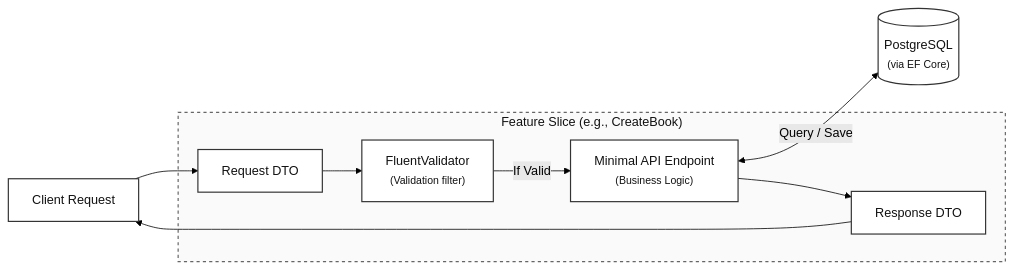
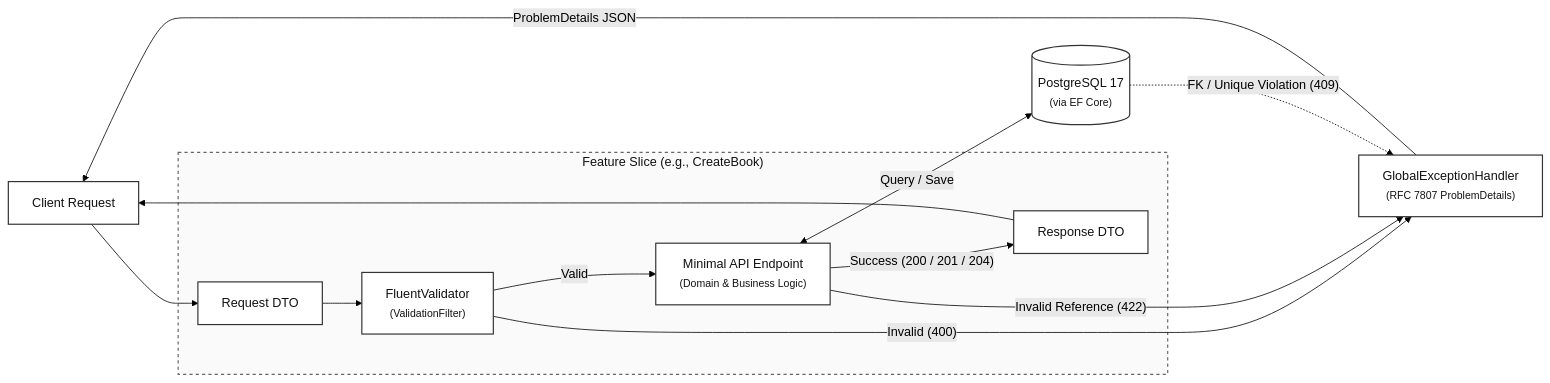
One commit to heliogatts/library-challenge changed the third of 3 diagrams in docs/ARCHITECTURE.md. Above: the diagram before and after it, drawn with Mermaid (forest theme). The commit also changed other lines of this file and 9 other files, not shown here.

````diff
--- a/docs/ARCHITECTURE.md
+++ b/docs/ARCHITECTURE.md
@@ -66,24 +78,29 @@
 ```mermaid
 flowchart LR
     Client["Client Request"]
 
     subgraph Slice ["Feature Slice (e.g., CreateBook)"]
         Req["Request DTO"]
-        Val["FluentValidator<br/><small>(Validation filter)</small>"]
-        Endp["Minimal API Endpoint<br/><small>(Business Logic)</small>"]
+        Val["FluentValidator<br/><small>(ValidationFilter)</small>"]
+        Endp["Minimal API Endpoint<br/><small>(Domain & Business Logic)</small>"]
         Res["Response DTO"]
     end
 
-    DB[("PostgreSQL<br/><small>(via EF Core)</small>")]
+    DB[("PostgreSQL 17<br/><small>(via EF Core)</small>")]
+    ErrHandler["GlobalExceptionHandler<br/><small>(RFC 7807 ProblemDetails)</small>"]
 
     Client --> Req
     Req --> Val
-    Val -->|"If Valid"| Endp
+    Val -->|"Invalid (400)"| ErrHandler
+    Val -->|"Valid"| Endp
+    Endp -->|"Invalid Reference (422)"| ErrHandler
     Endp <-->|"Query / Save"| DB
-    Endp --> Res
+    DB -.->|"FK / Unique Violation (409)"| ErrHandler
+    Endp -->|"Success (200 / 201 / 204)"| Res
     Res --> Client
+    ErrHandler -->|"ProblemDetails JSON"| Client
 
     classDef default fill:#ffffff,stroke:#333333,stroke-width:1.5px,color:#111111;
     classDef boundary fill:#fafafa,stroke:#666666,stroke-width:1.5px,stroke-dasharray: 4 4,color:#111111;
     class Slice boundary;
 ```
````
